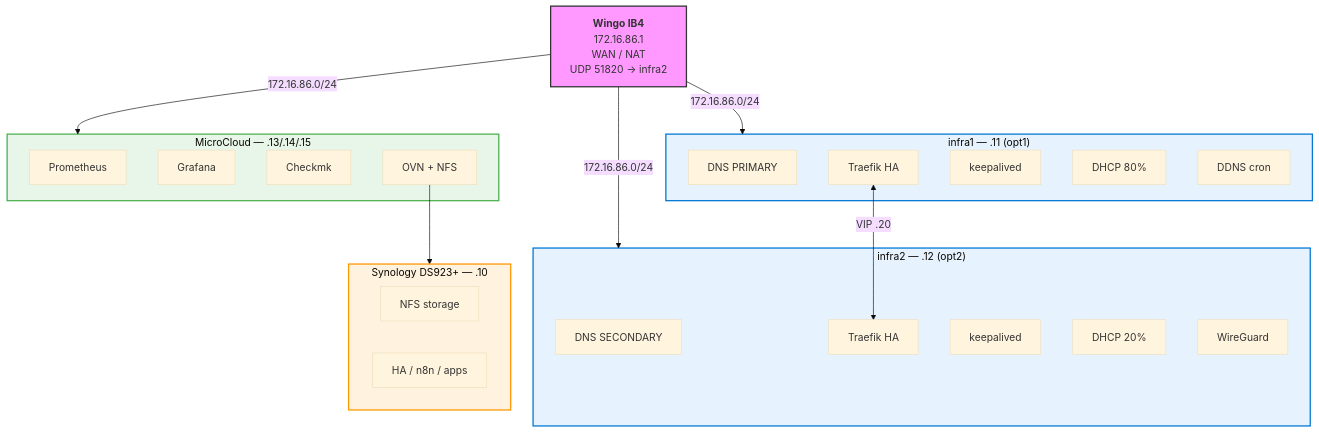
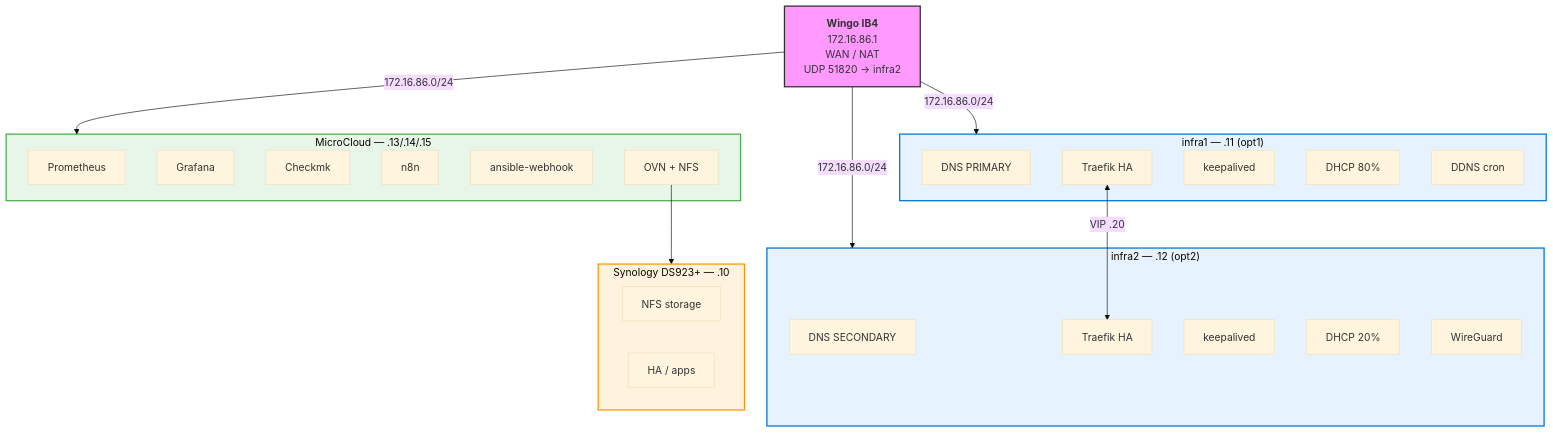
The first of 5 diagrams in README.md (fjacquet/homelab-dns), drawn with Mermaid (base theme) before and after one commit. The commit also changed other lines of this file and 6 other files, not shown here.

First line of the commit message:
refactor: move n8n + ansible-webhook to MicroCloud, use NFS volumes

````diff
--- a/README.md
+++ b/README.md
@@ -19,46 +24,48 @@
 ```mermaid
 graph TD
     WAN["<b>Wingo IB4</b><br/>172.16.86.1<br/>WAN / NAT<br/>UDP 51820 → infra2"]
 
     WAN -->|172.16.86.0/24| infra1
     WAN -->|172.16.86.0/24| infra2
     WAN -->|172.16.86.0/24| MC
 
     subgraph infra1["infra1 — .11 (opt1)"]
         I1_DNS["DNS PRIMARY"]
         I1_TRAEFIK["Traefik HA"]
         I1_KA["keepalived"]
         I1_DHCP["DHCP 80%"]
         I1_DDNS["DDNS cron"]
     end
 
     subgraph infra2["infra2 — .12 (opt2)"]
         I2_DNS["DNS SECONDARY"]
         I2_TRAEFIK["Traefik HA"]
         I2_KA["keepalived"]
         I2_DHCP["DHCP 20%"]
         I2_WG["WireGuard"]
     end
 
     I1_TRAEFIK <-->|"VIP .20"| I2_TRAEFIK
 
     subgraph MC["MicroCloud — .13/.14/.15"]
         MC_PROM["Prometheus"]
         MC_GRAF["Grafana"]
         MC_CHK["Checkmk"]
+        MC_N8N["n8n"]
+        MC_WH["ansible-webhook"]
         MC_OVN["OVN + NFS"]
     end
 
     MC_OVN --> NAS
 
     subgraph NAS["Synology DS923+ — .10"]
         NAS_NFS["NFS storage"]
-        NAS_APPS["HA / n8n / apps"]
+        NAS_APPS["HA / apps"]
     end
 
     style WAN fill:#f9f,stroke:#333,stroke-width:2px
     style infra1 fill:#e6f3ff,stroke:#0078D4,stroke-width:2px
     style infra2 fill:#e6f3ff,stroke:#0078D4,stroke-width:2px
     style MC fill:#e8f5e9,stroke:#4caf50,stroke-width:2px
     style NAS fill:#fff3e0,stroke:#ff9800,stroke-width:2px
 ```
````
